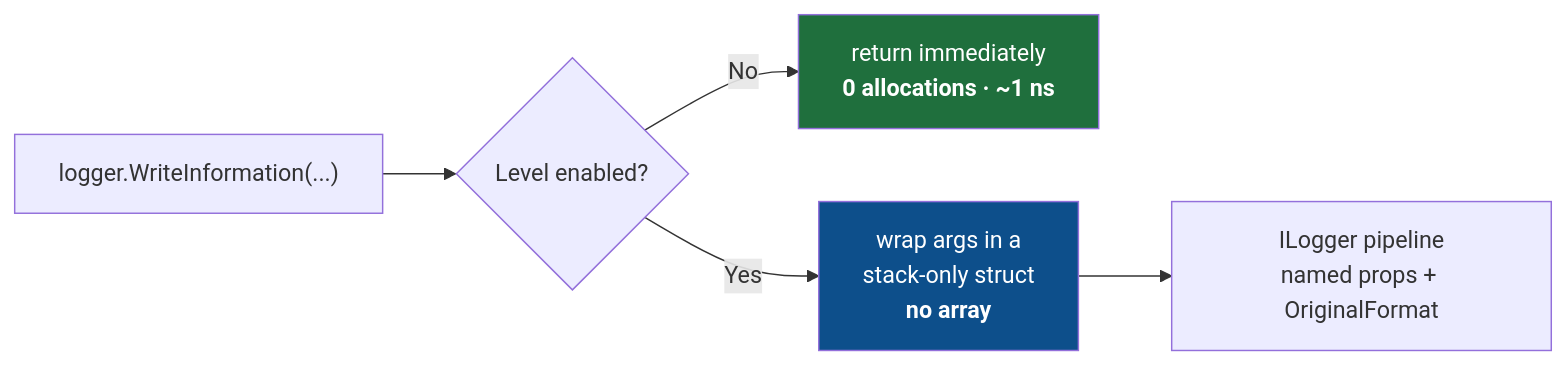
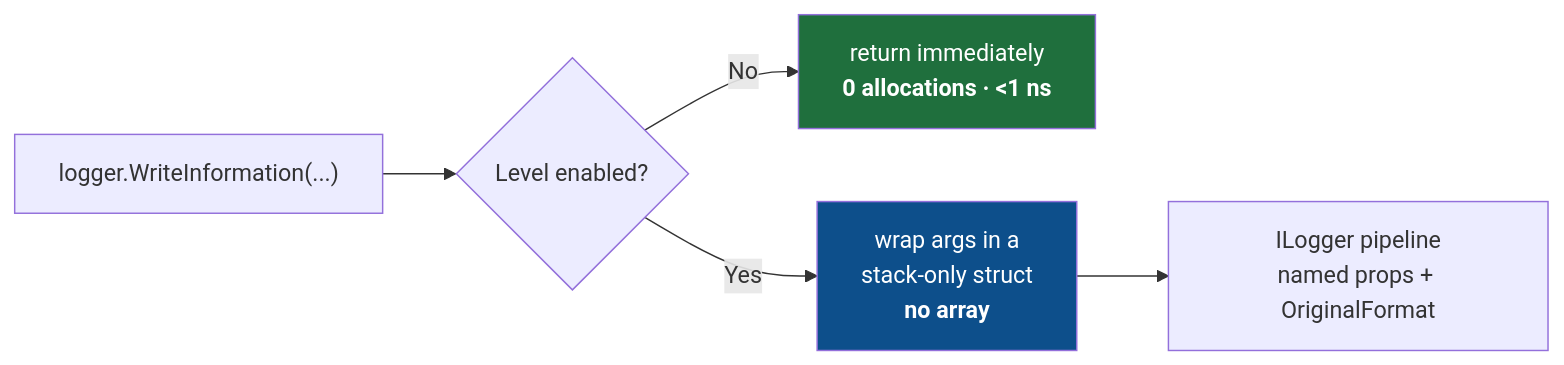
The diagram in README.md (gcfernando/nilog), drawn with Mermaid before and after one commit. The commit also changed other lines of this file and 16 other files, not shown here.

````diff
--- a/README.md
+++ b/README.md
@@ -738,9 +742,9 @@
 ```mermaid
 flowchart LR
     A["logger.WriteInformation(...)"] --> B{"Level enabled?"}
-    B -- No --> C["return immediately<br/><b>0 allocations · ~1 ns</b>"]
+    B -- No --> C["return immediately<br/><b>0 allocations · &lt;1 ns</b>"]
     B -- Yes --> D["wrap args in a<br/>stack-only struct<br/><b>no array</b>"]
     D --> E["ILogger pipeline<br/>named props + OriginalFormat"]
     style C fill:#1f6f3d,color:#fff
     style D fill:#0d4f8b,color:#fff
 ```
````
